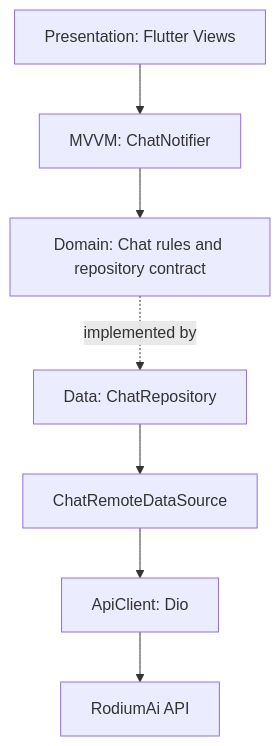
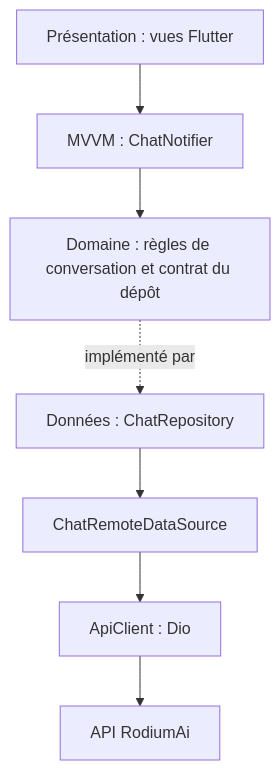
Before and after one commit to justin2119/ChatRodi: the first of 2 diagrams in README.md, drawn with Mermaid. The commit also changed other lines of this file, not shown here.

````diff
--- a/README.md
+++ b/README.md
@@ -29,9 +31,9 @@
 ```mermaid
 flowchart TB
-  UI[Presentation: Flutter Views] --> VM[MVVM: ChatNotifier]
-  VM --> DOM[Domain: Chat rules and repository contract]
-  DOM -. implemented by .-> REPO[Data: ChatRepository]
+  UI[Présentation : vues Flutter] --> VM[MVVM : ChatNotifier]
+  VM --> DOM[Domaine : règles de conversation et contrat du dépôt]
+  DOM -. implémenté par .-> REPO[Données : ChatRepository]
   REPO --> DS[ChatRemoteDataSource]
-  DS --> API[ApiClient: Dio]
-  API --> RODIUM[RodiumAi API]
+  DS --> API[ApiClient : Dio]
+  API --> RODIUM[API RodiumAi]
 ```
````
